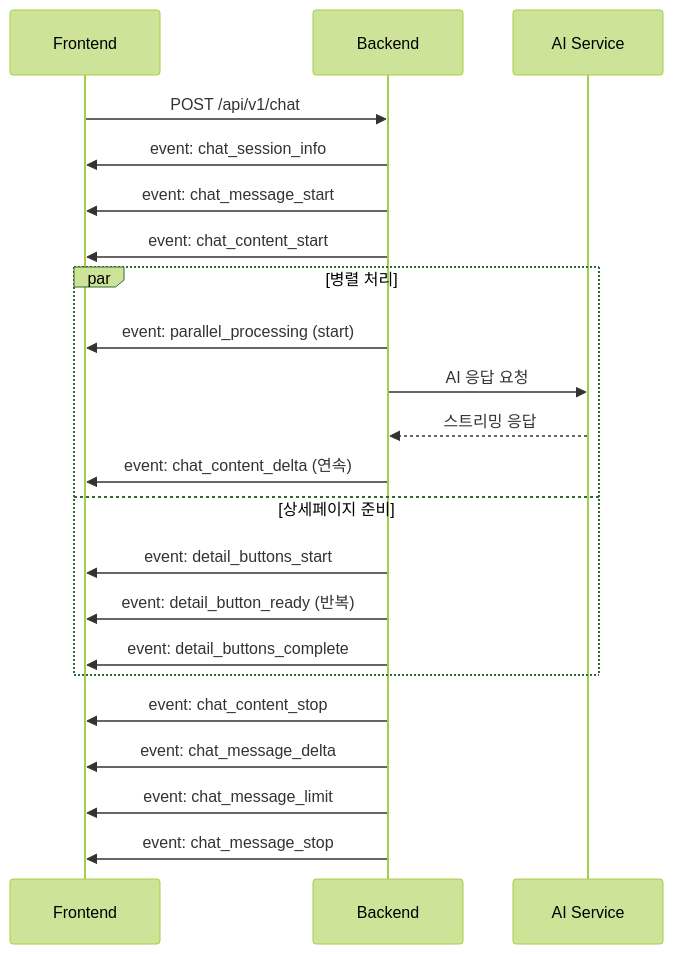
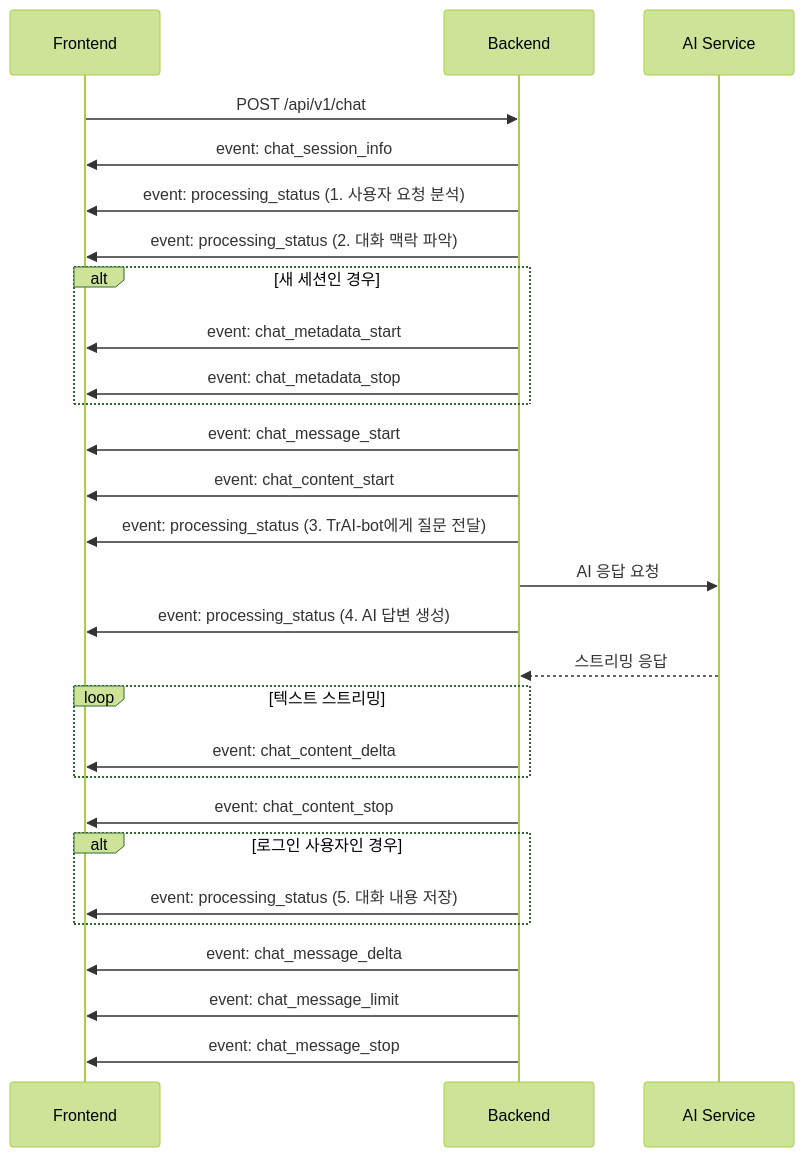
One commit to GodsB1025/trade-python changed the first of 2 diagrams in docs/sse_event_mapping.md. Above: the diagram before and after it, drawn with Mermaid (forest theme). The commit also changed other lines of this file and 9 other files, not shown here.

````diff
--- a/docs/sse_event_mapping.md
+++ b/docs/sse_event_mapping.md
@@ -652,27 +329,38 @@
 ```mermaid
 sequenceDiagram
     participant FE as Frontend
     participant BE as Backend
     participant AI as AI Service
 
     FE->>BE: POST /api/v1/chat
     BE->>FE: event: chat_session_info
+    BE->>FE: event: processing_status (1. 사용자 요청 분석)
+    BE->>FE: event: processing_status (2. 대화 맥락 파악)
+    
+    alt 새 세션인 경우
+        BE->>FE: event: chat_metadata_start
+        BE->>FE: event: chat_metadata_stop
+    end
+
     BE->>FE: event: chat_message_start
     BE->>FE: event: chat_content_start
     
-    par 병렬 처리
-        BE->>FE: event: parallel_processing (start)
-        BE->>AI: AI 응답 요청
-        AI-->>BE: 스트리밍 응답
-        BE->>FE: event: chat_content_delta (연속)
-    and 상세페이지 준비
-        BE->>FE: event: detail_buttons_start
-        BE->>FE: event: detail_button_ready (반복)
-        BE->>FE: event: detail_buttons_complete
+    BE->>FE: event: processing_status (3. TrAI-bot에게 질문 전달)
+    BE->>AI: AI 응답 요청
+    
+    BE->>FE: event: processing_status (4. AI 답변 생성)
+    AI-->>BE: 스트리밍 응답
+    loop 텍스트 스트리밍
+      BE->>FE: event: chat_content_delta
     end
     
     BE->>FE: event: chat_content_stop
+    
+    alt 로그인 사용자인 경우
+      BE->>FE: event: processing_status (5. 대화 내용 저장)
+    end
+
     BE->>FE: event: chat_message_delta
     BE->>FE: event: chat_message_limit
     BE->>FE: event: chat_message_stop
 ```
````
